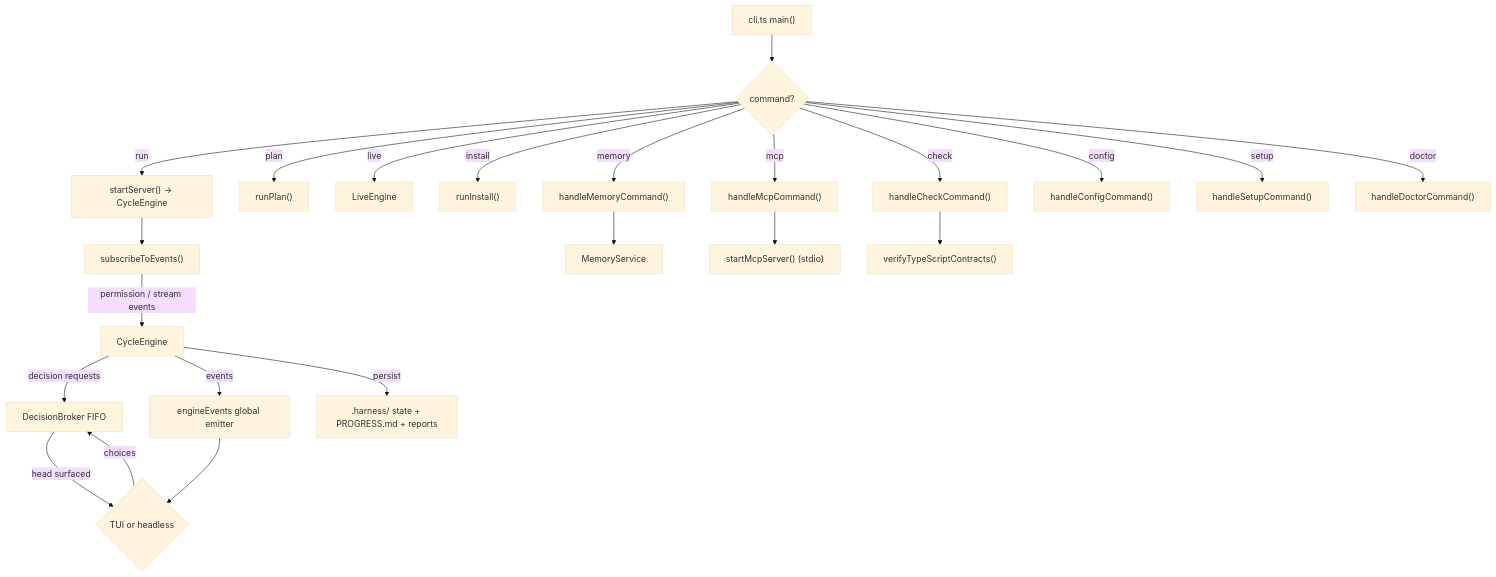
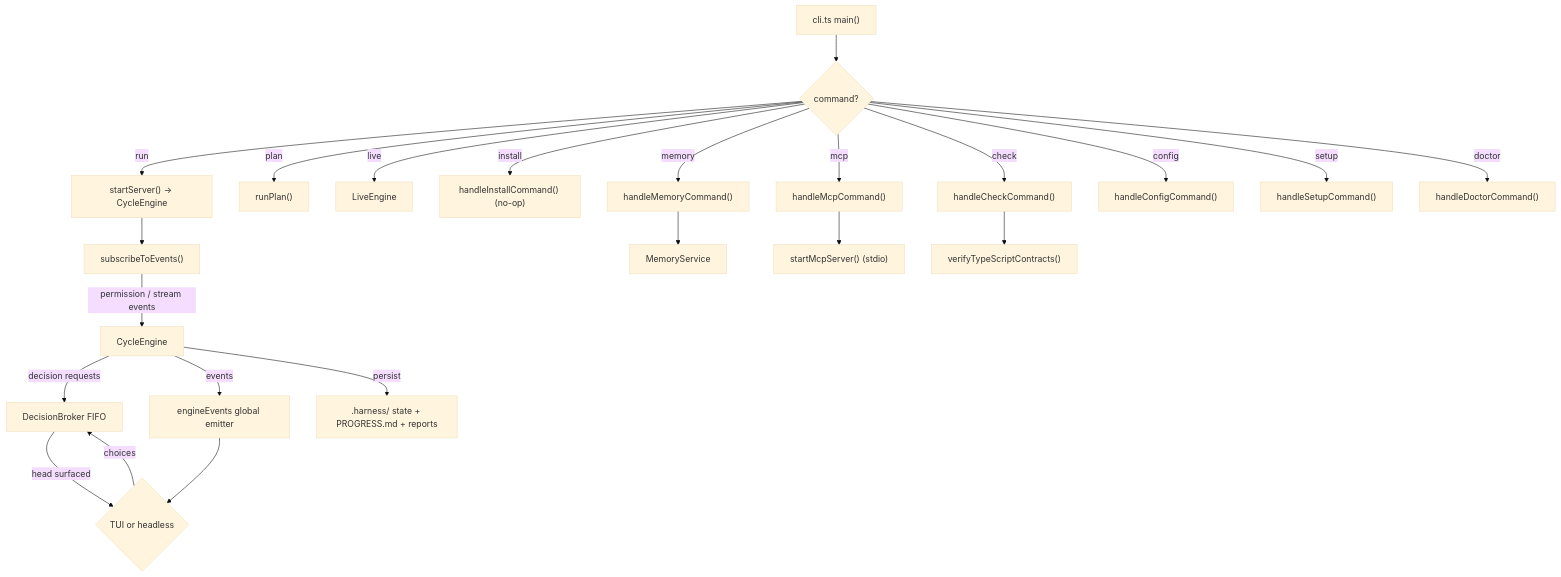
The first of 36 diagrams in DESIGN.md (dahch/huginn), drawn with Mermaid (base theme) before and after one commit. The commit also changed other lines of this file and 5 other files, not shown here.

````diff
--- a/DESIGN.md
+++ b/DESIGN.md
@@ -135,27 +150,27 @@
 ```mermaid
 flowchart TD
     CLI["cli.ts main()"] --> CMD{"command?"}
     CMD -- "run" --> RUN["startServer() → CycleEngine"]
     CMD -- "plan" --> PLAN["runPlan()"]
     CMD -- "live" --> LIVE["LiveEngine"]
-    CMD -- "install" --> INST["runInstall()"]
+    CMD -- "install" --> INST["handleInstallCommand() (no-op)"]
     CMD -- "memory" --> MEM["handleMemoryCommand()"]
     CMD -- "mcp" --> MCP["handleMcpCommand()"]
     CMD -- "check" --> CHK["handleCheckCommand()"]
     CMD -- "config" --> CFG["handleConfigCommand()"]
     CMD -- "setup" --> SET["handleSetupCommand()"]
     CMD -- "doctor" --> DOC["handleDoctorCommand()"]
 
     MEM --> MS["MemoryService"]
     MCP --> SRV["startMcpServer() (stdio)"]
     CHK --> TC["verifyTypeScriptContracts()"]
 
     RUN --> SEV["subscribeToEvents()"]
     SEV -- permission / stream events --> CE["CycleEngine"]
     CE -- decision requests --> DB["DecisionBroker FIFO"]
     DB -- head surfaced --> FE{"TUI or headless"}
     FE -- choices --> DB
     CE -- events --> EE["engineEvents global emitter"]
     EE --> FE
     CE -- persist --> HAR[".harness/ state + PROGRESS.md + reports"]
 ```
````
